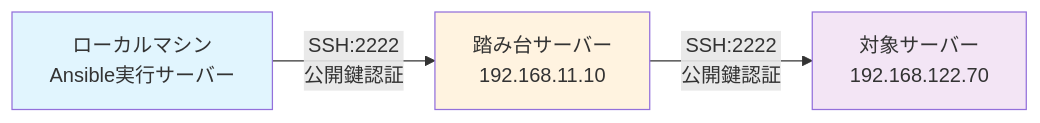
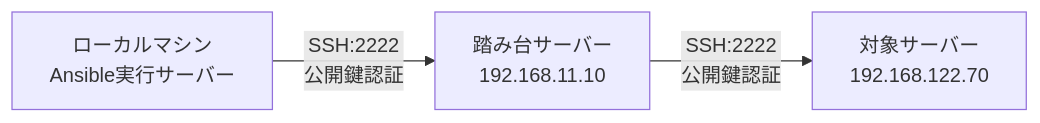
Before and after one commit to arakkkkk/example-ansible-proxyjump: the diagram in README.md, drawn with Mermaid.

````diff
--- a/README.md
+++ b/README.md
@@ -4,9 +4,5 @@
 ```mermaid
 graph LR
     A[ローカルマシン<br/>Ansible実行サーバー] -->|SSH:2222<br>公開鍵認証| B[踏み台サーバー<br/>192.168.11.10]
     B -->|SSH:2222<br>公開鍵認証| C[対象サーバー<br/>192.168.122.70]
-    
-    style A fill:#e1f5fe
-    style B fill:#fff3e0
-    style C fill:#f3e5f5
 ```
````
